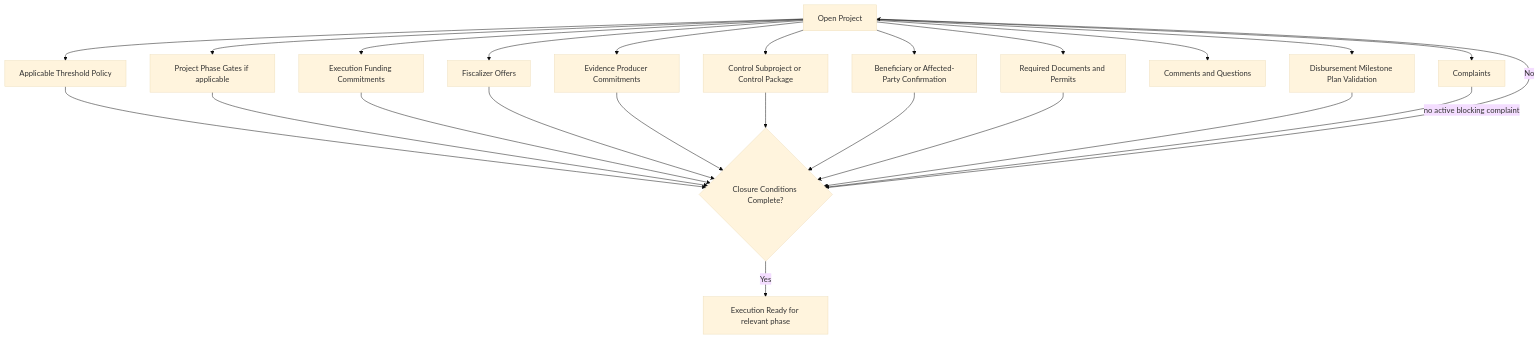
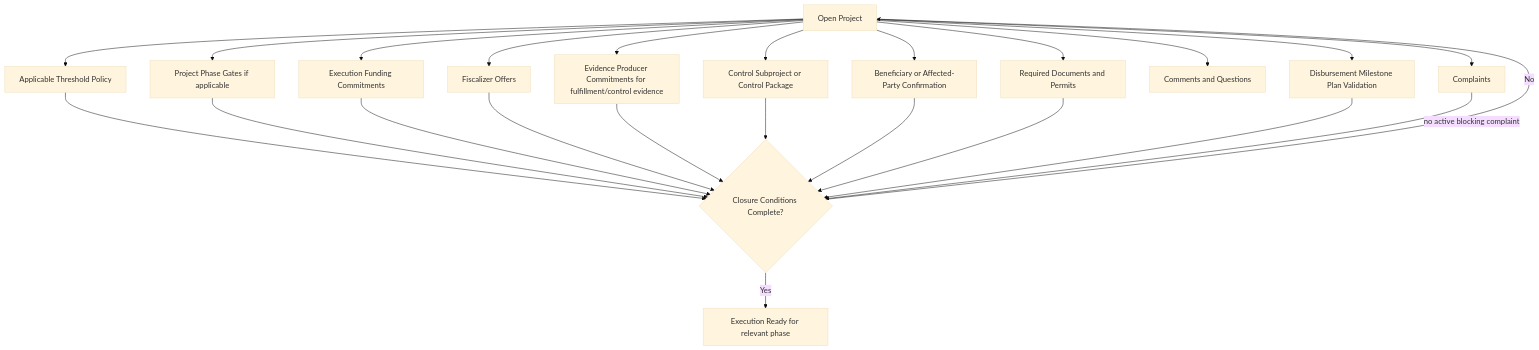
The diagram in docs/diagrams/v0-open-project-parallel-closure.md (moffermann/distributed-governance-research), drawn with Mermaid (base theme) before and after one commit. The commit also changed other lines of this file and 73 other files, not shown here.

````diff
--- a/docs/diagrams/v0-open-project-parallel-closure.md
+++ b/docs/diagrams/v0-open-project-parallel-closure.md
@@ -9,30 +9,30 @@
 ```mermaid
 flowchart TD
     OP[Open Project]
 
     OP --> TP[Applicable Threshold Policy]
     OP --> PH[Project Phase Gates if applicable]
     OP --> F[Execution Funding Commitments]
     OP --> FS[Fiscalizer Offers]
-    OP --> EP[Evidence Producer Commitments]
+    OP --> EP[Evidence Producer Commitments for fulfillment/control evidence]
     OP --> CP[Control Subproject or Control Package]
     OP --> B[Beneficiary or Affected-Party Confirmation]
     OP --> D[Required Documents and Permits]
     OP --> C[Comments and Questions]
     OP --> Q[Complaints]
     OP --> MP[Disbursement Milestone Plan Validation]
 
     TP --> CC
     PH --> CC
     F --> CC{Closure Conditions Complete?}
     FS --> CC
     EP --> CC
     CP --> CC
     B --> CC
     D --> CC
     MP --> CC
     Q -->|no active blocking complaint| CC
 
     CC -->|No| OP
     CC -->|Yes| ER[Execution Ready for relevant phase]
 ```
````
